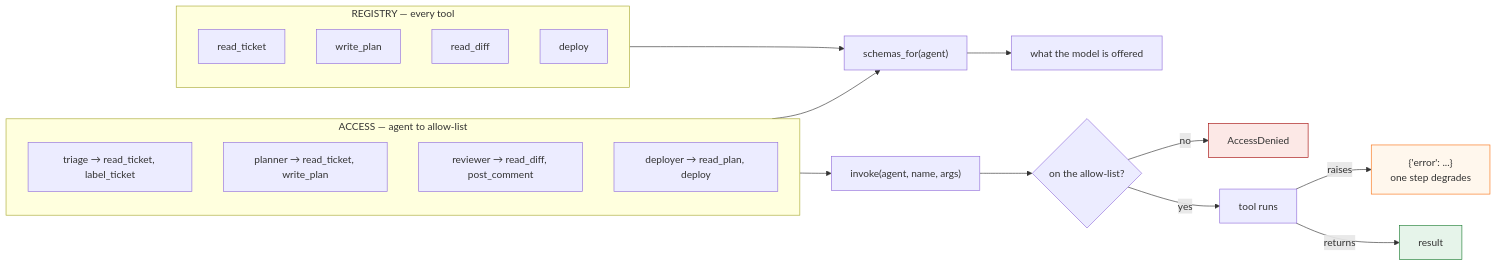
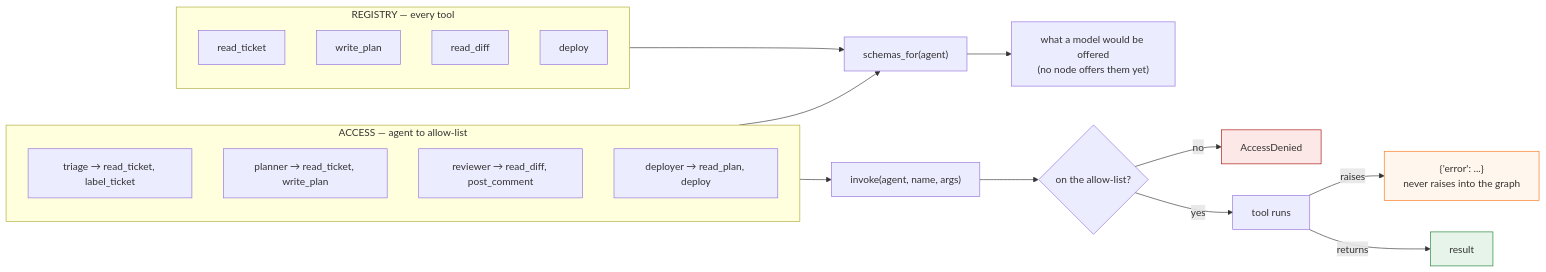
One commit to qaz1996001/agent-control-plane changed the second of 4 diagrams in docs/design.md. Above: the diagram before and after it, drawn with Mermaid. The commit also changed other lines of this file and 7 other files, not shown here.

````diff
--- a/docs/design.md
+++ b/docs/design.md
@@ -62,33 +66,33 @@
 ```mermaid
 flowchart LR
     subgraph reg["REGISTRY — every tool"]
         direction TB
         T1["read_ticket"]
         T2["write_plan"]
         T3["read_diff"]
         T4["deploy"]
     end
 
     subgraph acc["ACCESS — agent to allow-list"]
         direction TB
         P1["triage → read_ticket, label_ticket"]
         P2["planner → read_ticket, write_plan"]
         P3["reviewer → read_diff, post_comment"]
         P4["deployer → read_plan, deploy"]
     end
 
     reg --> S["schemas_for(agent)"]
     acc --> S
     acc --> I["invoke(agent, name, args)"]
 
-    S --> M["what the model is offered"]
+    S --> M["what a model would be offered<br/>(no node offers them yet)"]
     I --> K{"on the allow-list?"}
     K -->|no| DEN["AccessDenied"]
     K -->|yes| RUN["tool runs"]
-    RUN -->|raises| ERR["{'error': ...}<br/>one step degrades"]
+    RUN -->|raises| ERR["{'error': ...}<br/>never raises into the graph"]
     RUN -->|returns| OK["result"]
 
     style DEN fill:#fce8e6,stroke:#a50e0e
     style ERR fill:#fff7ed,stroke:#f97316
     style OK fill:#e6f4ea,stroke:#1e7e34
 ```
````
